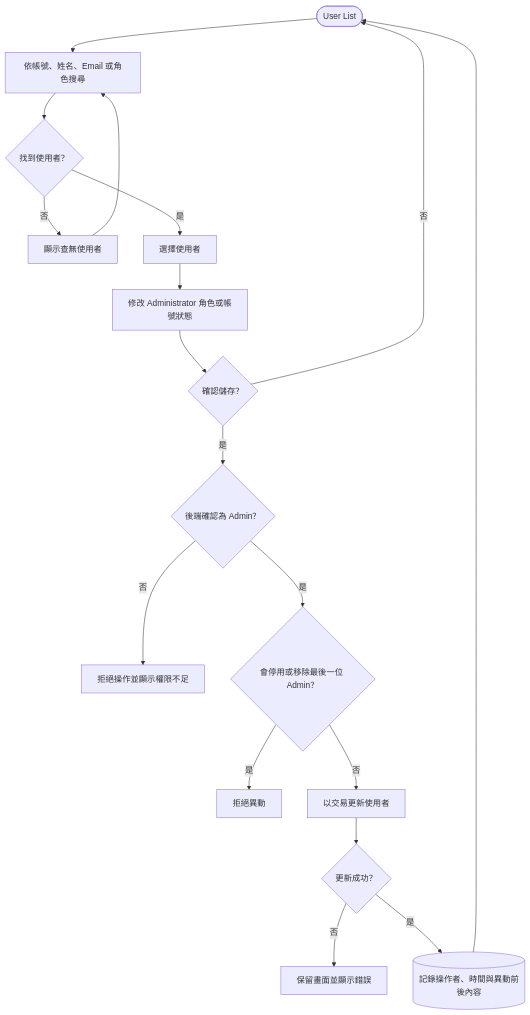
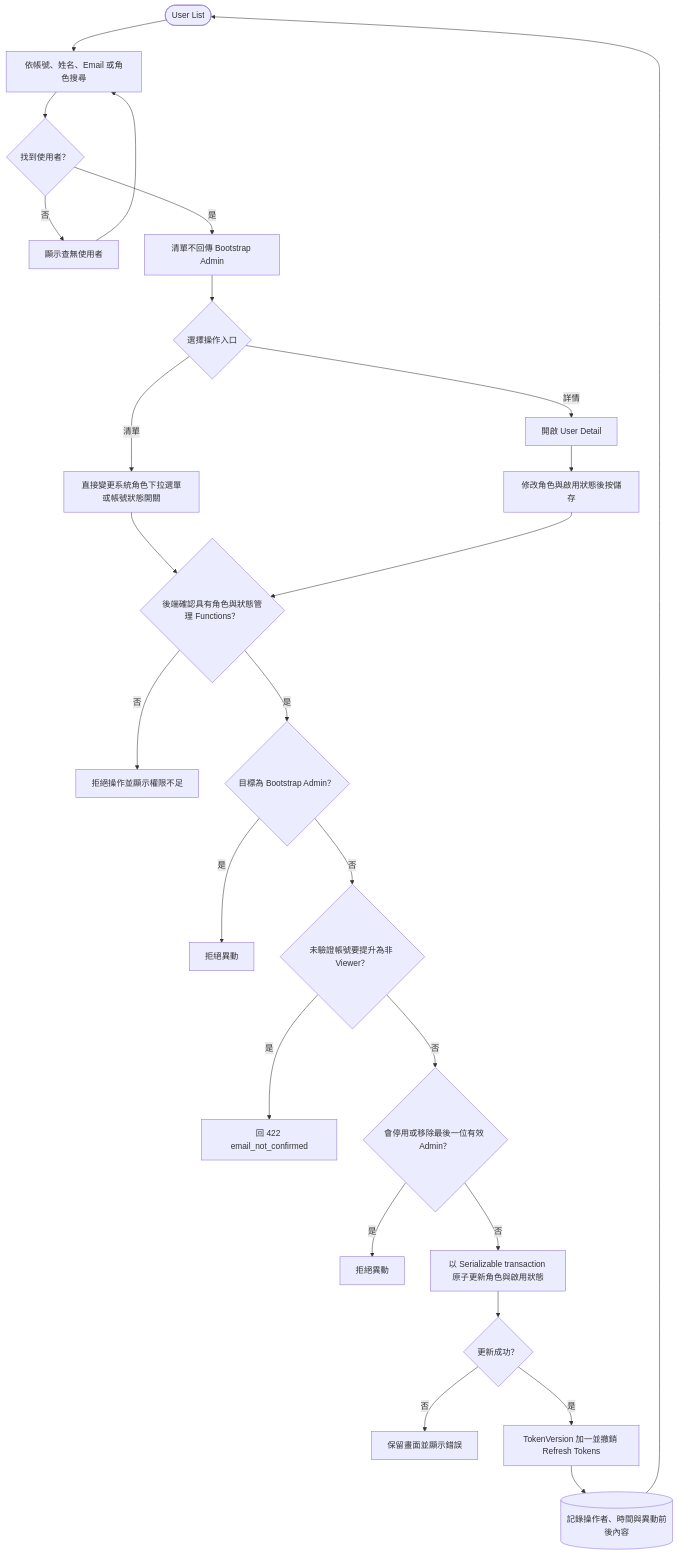
The diagram in Flowchart/管理系統角色與帳號狀態.md (JJDing-Louis/ProjectManagementWeb_Spec), drawn with Mermaid before and after one commit. The commit also changed other lines of this file and 40 other files, not shown here.

````diff
--- a/Flowchart/管理系統角色與帳號狀態.md
+++ b/Flowchart/管理系統角色與帳號狀態.md
@@ -3,20 +5,27 @@
 ```mermaid
 flowchart TB
     userList([User List]) --> searchUsers[依帳號、姓名、Email 或角色搜尋]
     searchUsers --> hasUsers{找到使用者？}
     hasUsers -->|否| showEmpty[顯示查無使用者]
     showEmpty --> searchUsers
-    hasUsers -->|是| selectUser[選擇使用者]
-    selectUser --> editUser[修改 Administrator 角色或帳號狀態]
-    editUser --> submitUser{確認儲存？}
-    submitUser -->|否| userList
-    submitUser -->|是| authorizeAdmin{後端確認為 Admin？}
+    hasUsers -->|是| excludeBootstrap[清單不回傳 Bootstrap Admin]
+    excludeBootstrap --> chooseEntry{選擇操作入口}
+    chooseEntry -->|清單| inlineEdit[直接變更系統角色下拉選單或帳號狀態開關]
+    chooseEntry -->|詳情| openDetail[開啟 User Detail]
+    openDetail --> detailEdit[修改角色與啟用狀態後按儲存]
+    inlineEdit --> authorizeAdmin{後端確認具有角色與狀態管理 Functions？}
+    detailEdit --> authorizeAdmin
     authorizeAdmin -->|否| forbiddenUser[拒絕操作並顯示權限不足]
-    authorizeAdmin -->|是| lastAdmin{會停用或移除最後一位 Admin？}
+    authorizeAdmin -->|是| bootstrapTarget{目標為 Bootstrap Admin？}
+    bootstrapTarget -->|是| rejectBootstrap[拒絕異動]
+    bootstrapTarget -->|否| emailRule{未驗證帳號要提升為非 Viewer？}
+    emailRule -->|是| rejectEmail[回 422 email_not_confirmed]
+    emailRule -->|否| lastAdmin{會停用或移除最後一位有效 Admin？}
     lastAdmin -->|是| rejectLastAdmin[拒絕異動]
-    lastAdmin -->|否| updateUser[以交易更新使用者]
+    lastAdmin -->|否| updateUser[以 Serializable transaction 原子更新角色與啟用狀態]
     updateUser --> updateSucceeded{更新成功？}
     updateSucceeded -->|否| retainUserInput[保留畫面並顯示錯誤]
-    updateSucceeded -->|是| writeUserAudit[(記錄操作者、時間與異動前後內容)]
+    updateSucceeded -->|是| invalidateSessions[TokenVersion 加一並撤銷 Refresh Tokens]
+    invalidateSessions --> writeUserAudit[(記錄操作者、時間與異動前後內容)]
     writeUserAudit --> userList
 ```
````
